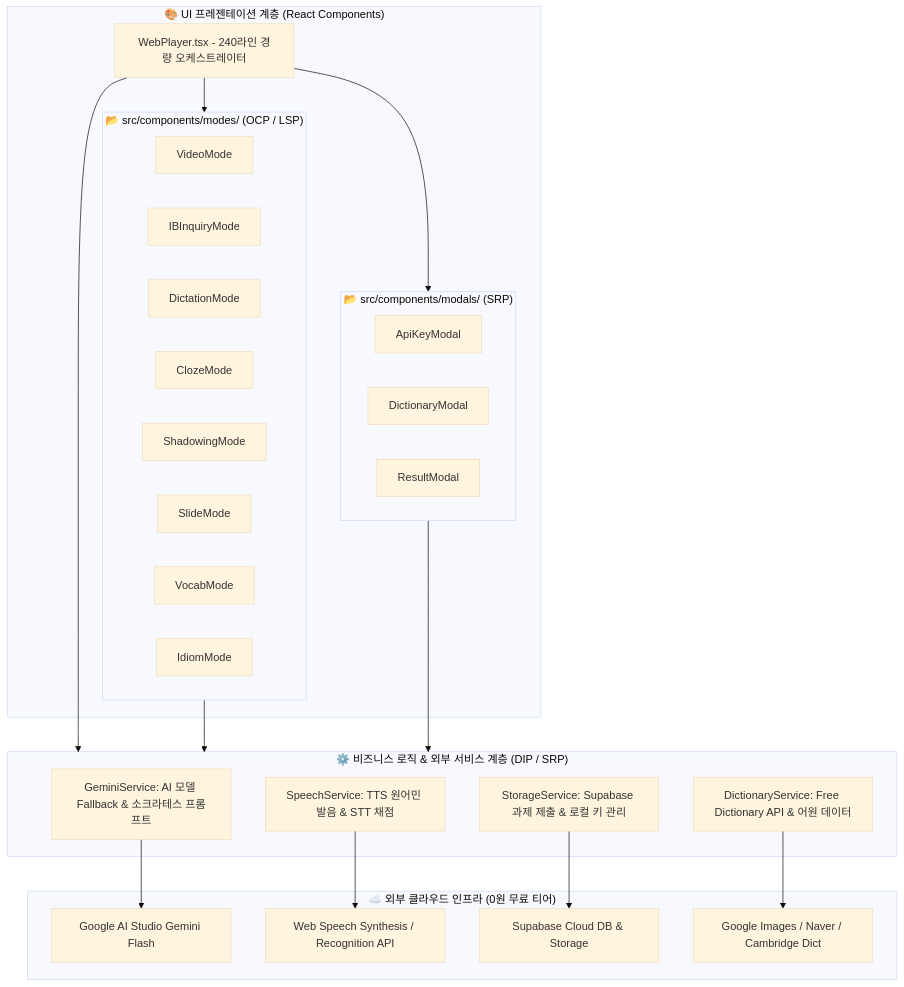
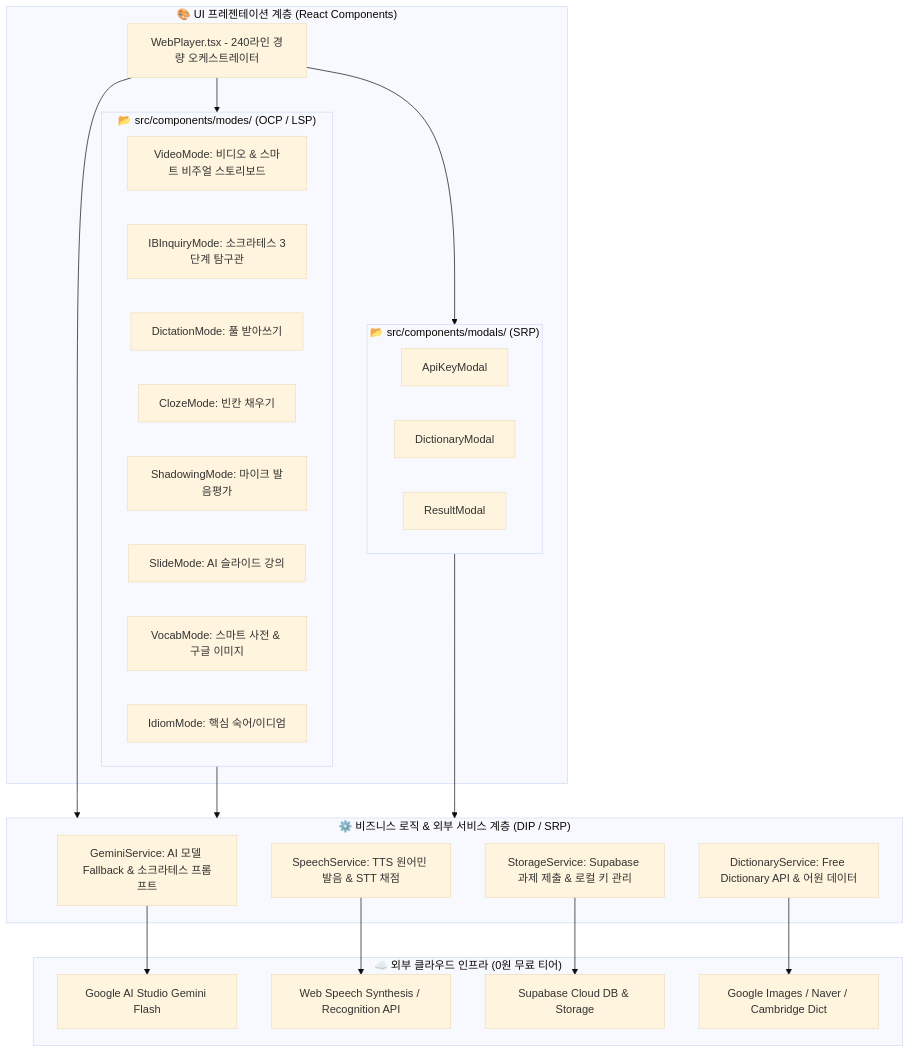
The diagram in README.md (ib20260519-kecf/voicetype-player), drawn with Mermaid (base theme) before and after one commit. The commit also changed other lines of this file, not shown here.

````diff
--- a/README.md
+++ b/README.md
@@ -77,48 +81,48 @@
 ```mermaid
 flowchart TB
     subgraph UI_Layer ["🎨 UI 프레젠테이션 계층 (React Components)"]
         WP[WebPlayer.tsx - 240라인 경량 오케스트레이터]
         WP --> MODES[8대 독립 학습 모드 컴포넌트]
         WP --> MODALS[독립 팝업 모달 컴포넌트]
         
         subgraph MODES ["📂 src/components/modes/ (OCP / LSP)"]
-            M1[VideoMode]
-            M2[IBInquiryMode]
-            M3[DictationMode]
-            M4[ClozeMode]
-            M5[ShadowingMode]
-            M6[SlideMode]
-            M7[VocabMode]
-            M8[IdiomMode]
+            M1[VideoMode: 비디오 & 스마트 비주얼 스토리보드]
+            M2[IBInquiryMode: 소크라테스 3단계 탐구관]
+            M3[DictationMode: 풀 받아쓰기]
+            M4[ClozeMode: 빈칸 채우기]
+            M5[ShadowingMode: 마이크 발음평가]
+            M6[SlideMode: AI 슬라이드 강의]
+            M7[VocabMode: 스마트 사전 & 구글 이미지]
+            M8[IdiomMode: 핵심 숙어/이디엄]
         end
 
         subgraph MODALS ["📂 src/components/modals/ (SRP)"]
             MD1[ApiKeyModal]
             MD2[DictionaryModal]
             MD3[ResultModal]
         end
     end
 
     subgraph Service_Layer ["⚙️ 비즈니스 로직 & 외부 서비스 계층 (DIP / SRP)"]
         GS[GeminiService: AI 모델 Fallback & 소크라테스 프롬프트]
         SS[SpeechService: TTS 원어민 발음 & STT 채점]
         DS[DictionaryService: Free Dictionary API & 어원 데이터]
         ST[StorageService: Supabase 과제 제출 & 로컬 키 관리]
     end
 
     subgraph External_APIs ["☁️ 외부 클라우드 인프라 (0원 무료 티어)"]
         E1[Google AI Studio Gemini Flash]
         E2[Web Speech Synthesis / Recognition API]
         E3[Supabase Cloud DB & Storage]
         E4[Google Images / Naver / Cambridge Dict]
     end
 
     WP --> Service_Layer
     MODES --> Service_Layer
     MODALS --> Service_Layer
 
     GS --> E1
     SS --> E2
     ST --> E3
     DS --> E4
 ```
````
